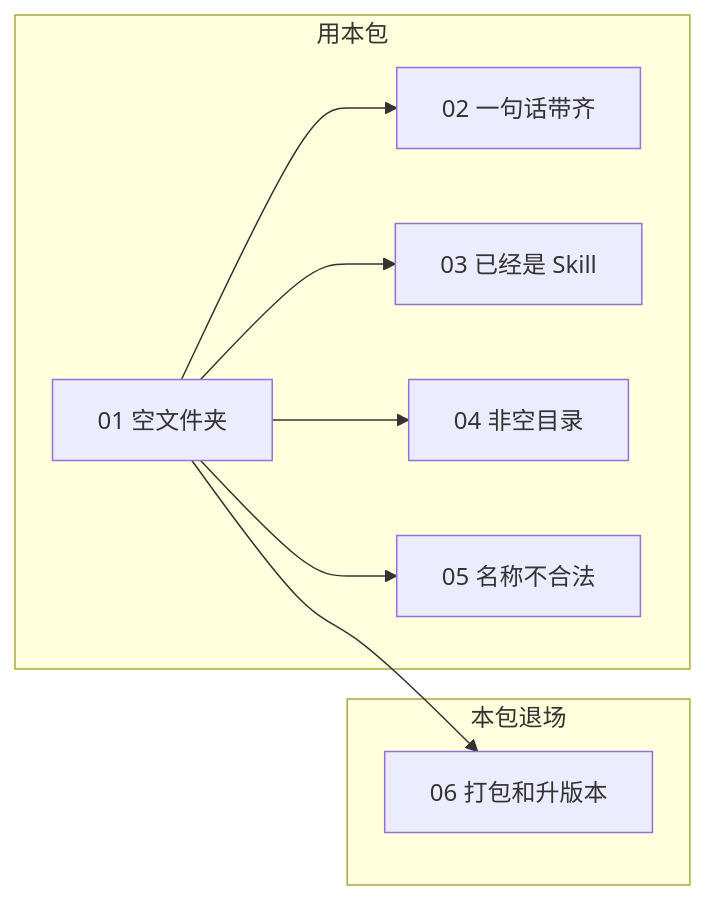
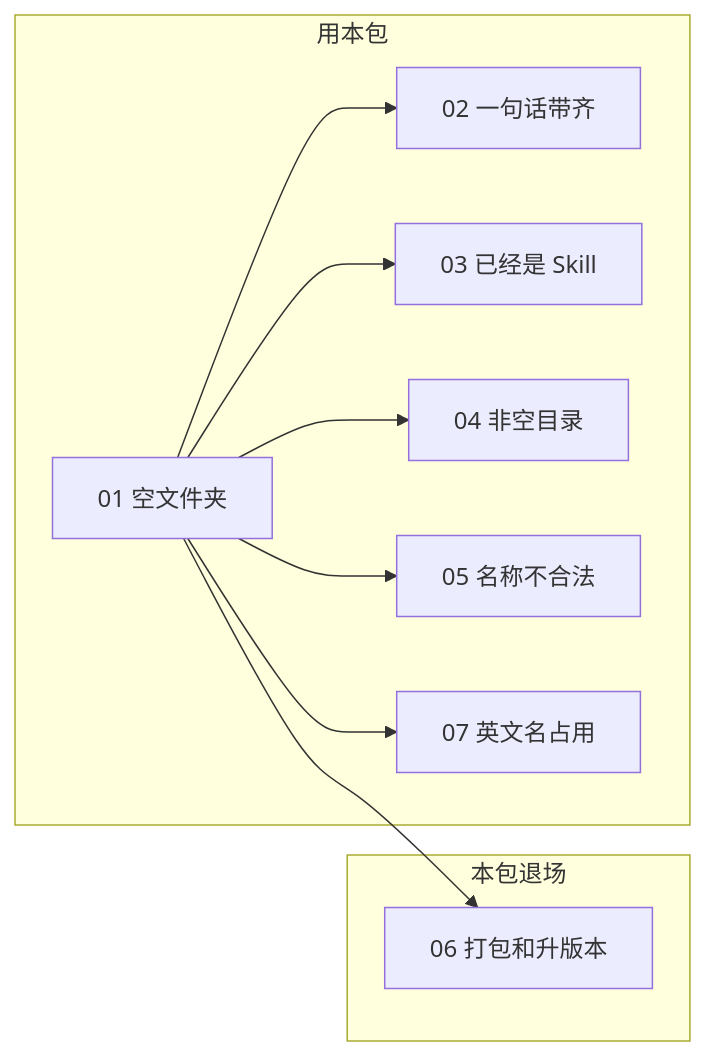
Before and after one commit to qiusuo0226/skill-devkit-skill: the second of 2 diagrams in examples/README.md, drawn with Mermaid. The commit also changed other lines of this file and 15 other files, not shown here.

````diff
--- a/examples/README.md
+++ b/examples/README.md
@@ -19,18 +19,20 @@
 ```mermaid
 flowchart LR
     subgraph init ["用本包"]
         I01["01 空文件夹"]
         I02["02 一句话带齐"]
         I03["03 已经是 Skill"]
         I04["04 非空目录"]
         I05["05 名称不合法"]
+        I07["07 英文名占用"]
     end
     subgraph after ["本包退场"]
         I06["06 打包和升版本"]
     end
     I01 --> I02
     I01 --> I03
     I01 --> I04
     I01 --> I05
+    I01 --> I07
     I01 --> I06
 ```
````
